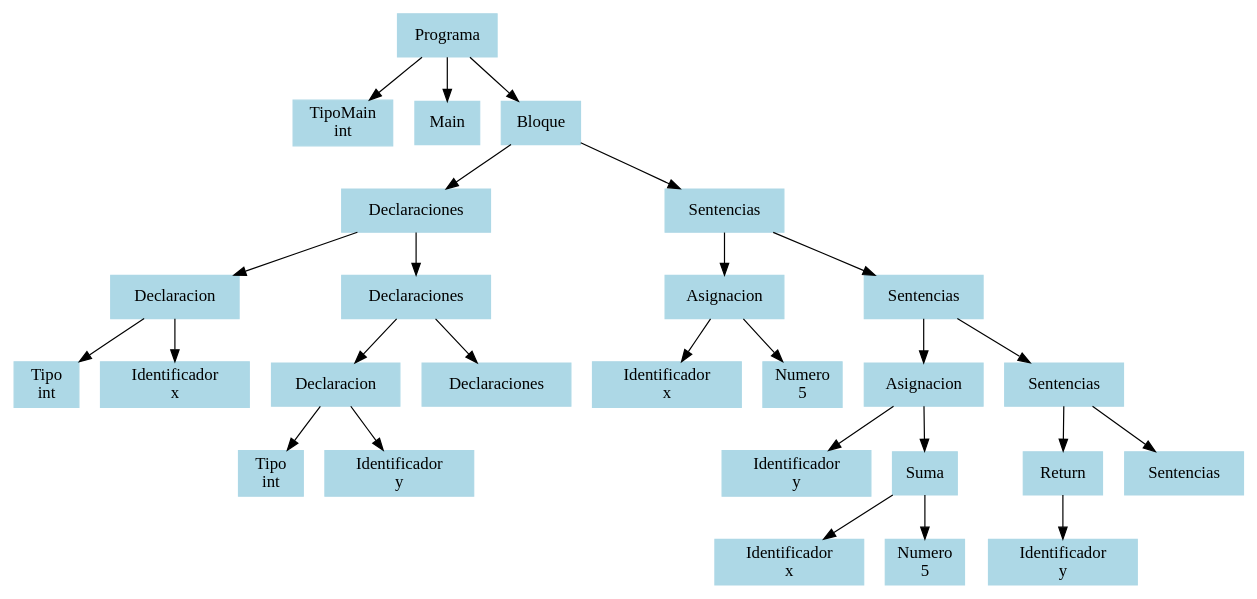
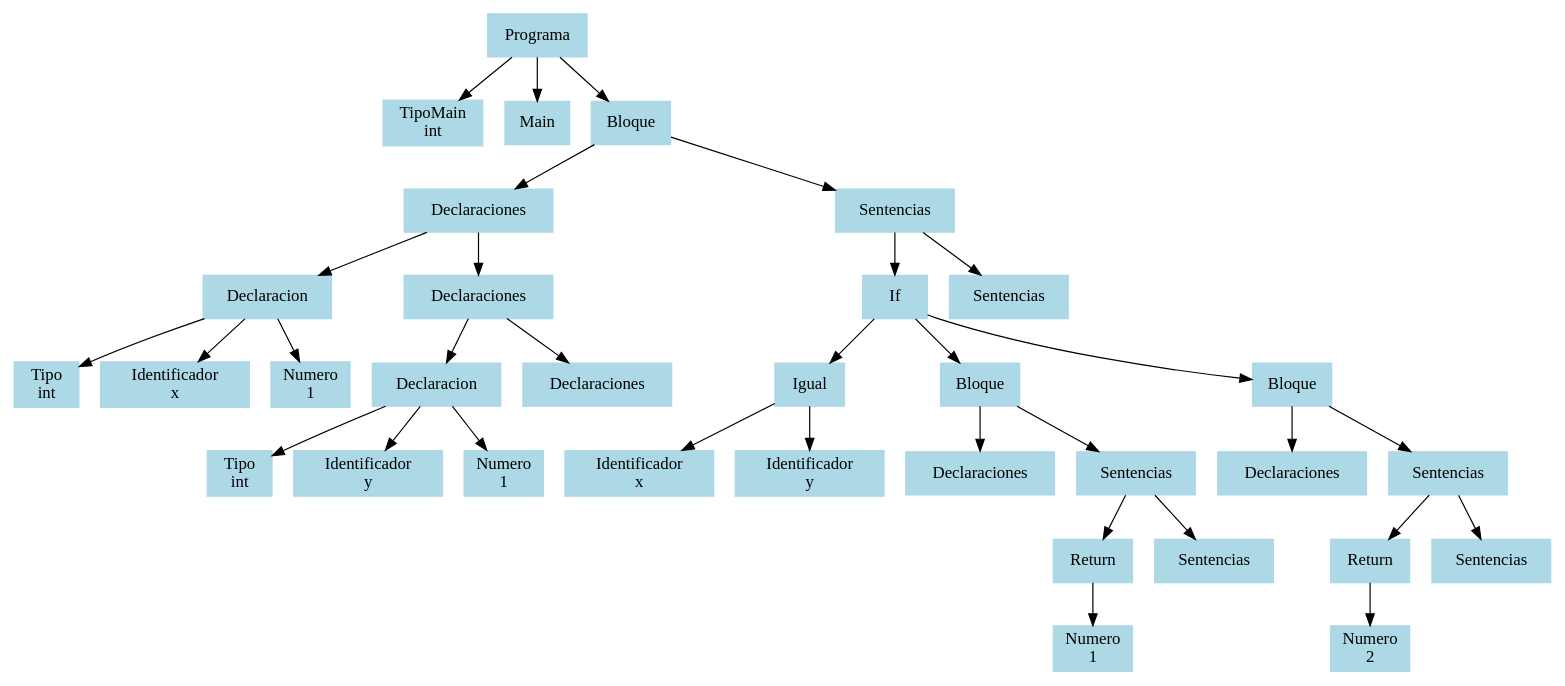
One commit to JoelRodriguez174/PreProyecto_Compiladores changed the diagram in ast.dot. Above: the diagram before and after it, drawn with Graphviz. The commit also changed 23 other files, not shown here.

```diff
--- a/ast.dot
+++ b/ast.dot
@@ -1,56 +1,68 @@
 digraph AST {
   node [shape=box, style=filled, color=lightblue, fontname="Consolas"];
-  n26 [label="Programa"];
-  n26 -> n1;
+  n32 [label="Programa"];
+  n32 -> n1;
   n1 [label="TipoMain\nint"];
-  n26 -> n27;
-  n27 [label="Main"];
+  n32 -> n33;
+  n33 [label="Main"];
+  n32 -> n31;
+  n31 [label="Bloque"];
+  n31 -> n12;
+  n12 [label="Declaraciones"];
+  n12 -> n4;
+  n4 [label="Declaracion"];
+  n4 -> n2;
+  n2 [label="Tipo\nint"];
+  n4 -> n5;
+  n5 [label="Identificador\nx"];
+  n4 -> n3;
+  n3 [label="Numero\n1"];
+  n12 -> n11;
+  n11 [label="Declaraciones"];
+  n11 -> n8;
+  n8 [label="Declaracion"];
+  n8 -> n6;
+  n6 [label="Tipo\nint"];
+  n8 -> n9;
+  n9 [label="Identificador\ny"];
+  n8 -> n7;
+  n7 [label="Numero\n1"];
+  n11 -> n10;
+  n10 [label="Declaraciones"];
+  n31 -> n30;
+  n30 [label="Sentencias"];
+  n30 -> n28;
+  n28 [label="If"];
+  n28 -> n15;
+  n15 [label="Igual"];
+  n15 -> n13;
+  n13 [label="Identificador\nx"];
+  n15 -> n14;
+  n14 [label="Identificador\ny"];
+  n28 -> n21;
+  n21 [label="Bloque"];
+  n21 -> n16;
+  n16 [label="Declaraciones"];
+  n21 -> n20;
+  n20 [label="Sentencias"];
+  n20 -> n18;
+  n18 [label="Return"];
+  n18 -> n17;
+  n17 [label="Numero\n1"];
+  n20 -> n19;
+  n19 [label="Sentencias"];
+  n28 -> n27;
+  n27 [label="Bloque"];
+  n27 -> n22;
+  n22 [label="Declaraciones"];
+  n27 -> n26;
+  n26 [label="Sentencias"];
+  n26 -> n24;
+  n24 [label="Return"];
+  n24 -> n23;
+  n23 [label="Numero\n2"];
   n26 -> n25;
-  n25 [label="Bloque"];
-  n25 -> n10;
-  n10 [label="Declaraciones"];
-  n10 -> n3;
-  n3 [label="Declaracion"];
-  n3 -> n2;
-  n2 [label="Tipo\nint"];
-  n3 -> n4;
-  n4 [label="Identificador\nx"];
-  n10 -> n9;
-  n9 [label="Declaraciones"];
-  n9 -> n6;
-  n6 [label="Declaracion"];
-  n6 -> n5;
-  n5 [label="Tipo\nint"];
-  n6 -> n7;
-  n7 [label="Identificador\ny"];
-  n9 -> n8;
-  n8 [label="Declaraciones"];
-  n25 -> n24;
-  n24 [label="Sentencias"];
-  n24 -> n12;
-  n12 [label="Asignacion"];
-  n12 -> n13;
-  n13 [label="Identificador\nx"];
-  n12 -> n11;
-  n11 [label="Numero\n5"];
-  n24 -> n23;
-  n23 [label="Sentencias"];
-  n23 -> n17;
-  n17 [label="Asignacion"];
-  n17 -> n18;
-  n18 [label="Identificador\ny"];
-  n17 -> n16;
-  n16 [label="Suma"];
-  n16 -> n14;
-  n14 [label="Identificador\nx"];
-  n16 -> n15;
-  n15 [label="Numero\n5"];
-  n23 -> n22;
-  n22 [label="Sentencias"];
-  n22 -> n20;
-  n20 [label="Return"];
-  n20 -> n19;
-  n19 [label="Identificador\ny"];
-  n22 -> n21;
-  n21 [label="Sentencias"];
+  n25 [label="Sentencias"];
+  n30 -> n29;
+  n29 [label="Sentencias"];
 }
```
